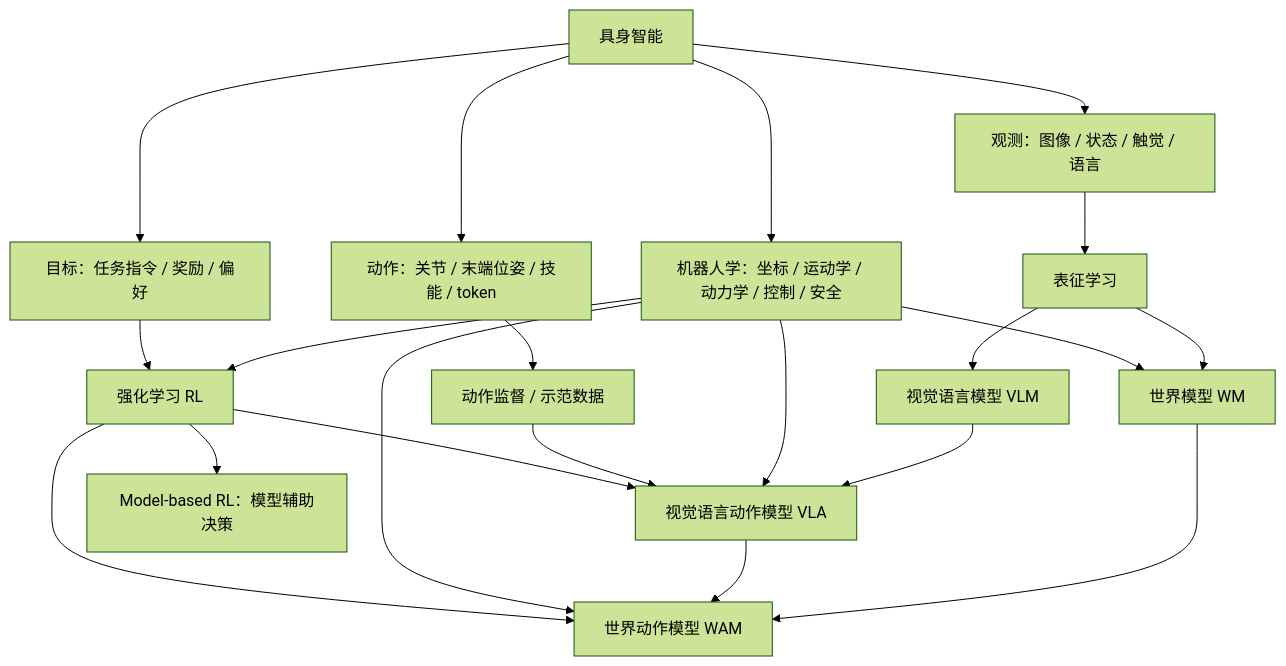
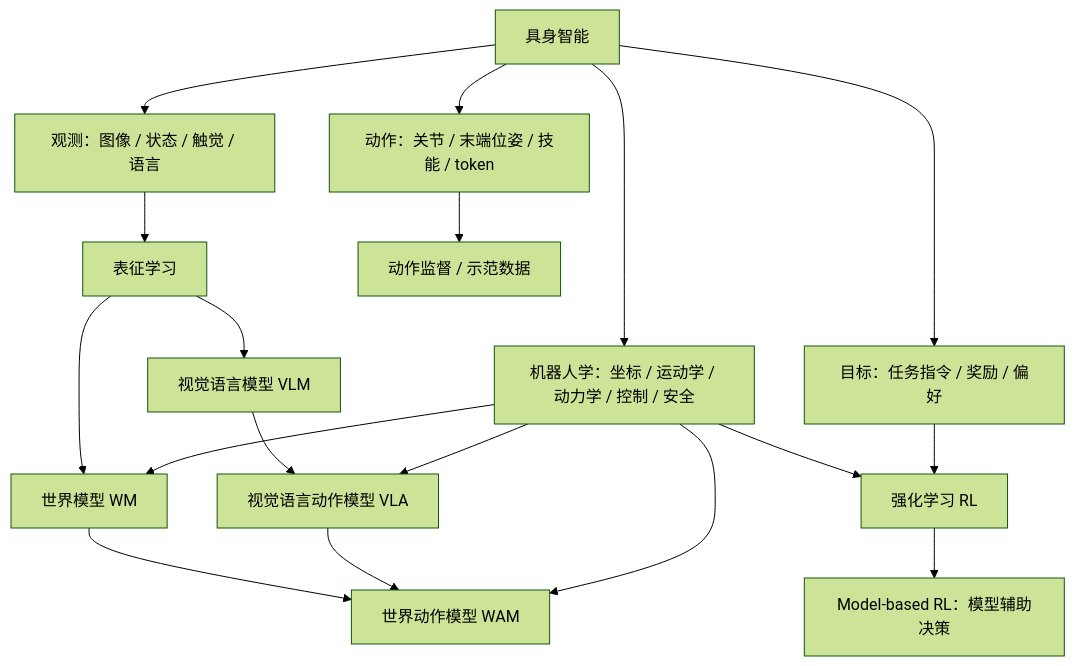
One commit to Faraday-2024/Embodied-AI-Start changed the second of 8 diagrams in docs/knowledge-map.md. Above: the diagram before and after it, drawn with Mermaid (forest theme).

````diff
--- a/docs/knowledge-map.md
+++ b/docs/knowledge-map.md
@@ -27,28 +27,24 @@
 ```mermaid
 flowchart TD
     ROOT["具身智能"] --> OBS["观测：图像 / 状态 / 触觉 / 语言"]
     ROOT --> ROB["机器人学：坐标 / 运动学 / 动力学 / 控制 / 安全"]
     ROOT --> ACT["动作：关节 / 末端位姿 / 技能 / token"]
     ROOT --> OBJ["目标：任务指令 / 奖励 / 偏好"]
 
     OBS --> REP["表征学习"]
     REP --> VLM["视觉语言模型 VLM"]
     REP --> WM["世界模型 WM"]
 
     VLM --> VLA["视觉语言动作模型 VLA"]
     WM --> WAM["世界动作模型 WAM"]
     VLA --> WAM
 
     ROB --> WM
     ROB --> VLA
     ROB --> WAM
     ROB --> RL["强化学习 RL"]
 
     ACT --> SUP["动作监督 / 示范数据"]
     OBJ --> RL
     RL --> MBRL["Model-based RL：模型辅助决策"]
-
-    SUP --> VLA
-    RL --> VLA
-    RL --> WAM
 ```
````
